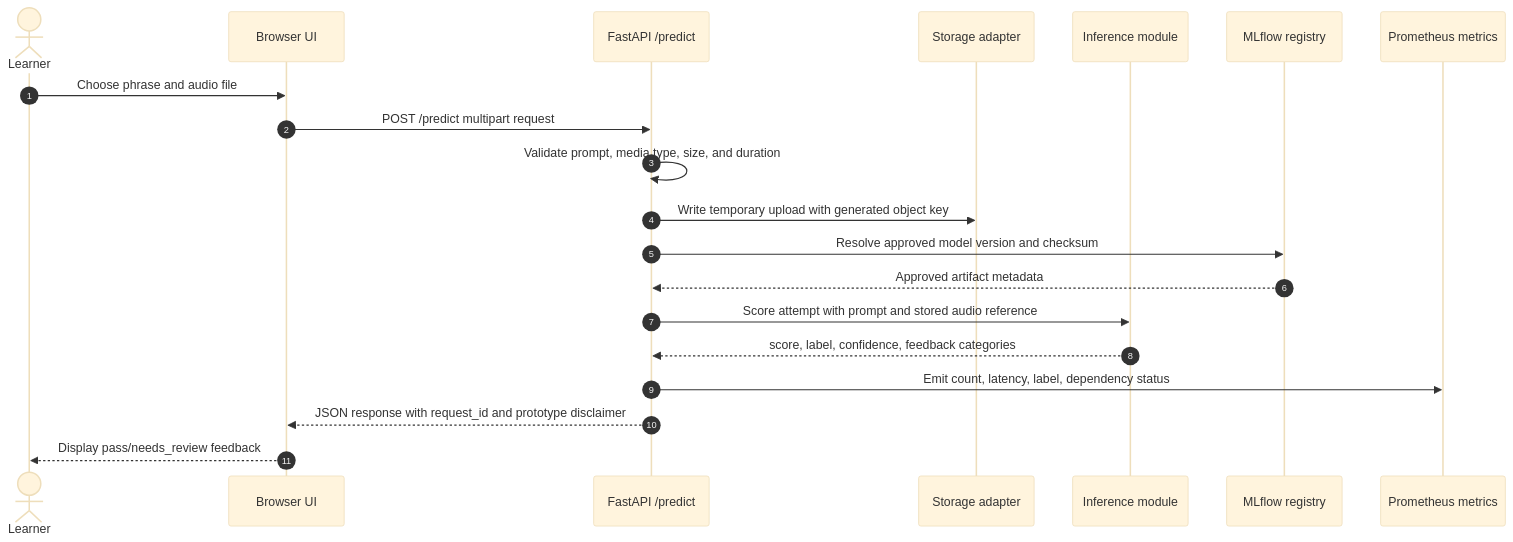
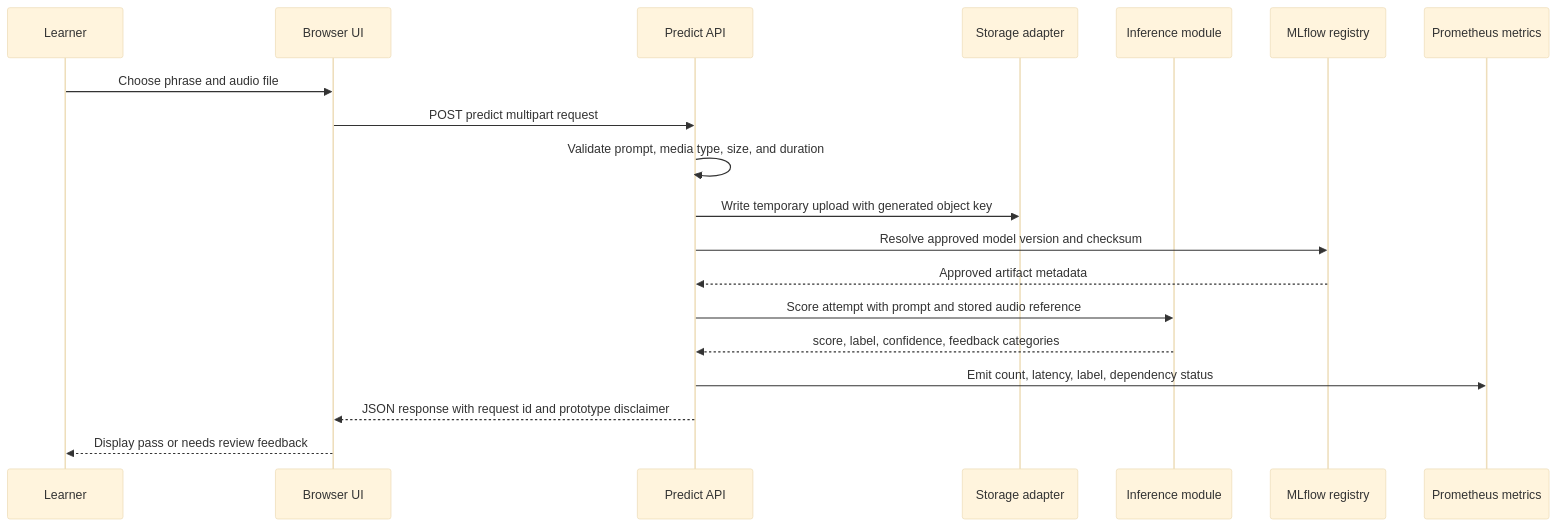
The fourth of 6 diagrams in FluentEdge_Sprint2_Design_and_Requirements_Specification.md (DanielAndi/fluentedge), drawn with Mermaid (base theme) before and after one commit. The commit also changed other lines of this file and 2 other files, not shown here.

First line of the commit message:
docs(spec): simplify Mermaid diagrams for reliable PDF export

````diff
--- a/FluentEdge_Sprint2_Design_and_Requirements_Specification.md
+++ b/FluentEdge_Sprint2_Design_and_Requirements_Specification.md
@@ -590,23 +570,22 @@
 ```mermaid
 sequenceDiagram
-    autonumber
-    actor Learner
+    participant Learner
     participant UI as Browser UI
-    participant API as FastAPI /predict
+    participant API as Predict API
     participant Store as Storage adapter
     participant Model as Inference module
     participant Registry as MLflow registry
     participant Metrics as Prometheus metrics
 
     Learner->>UI: Choose phrase and audio file
-    UI->>API: POST /predict multipart request
+    UI->>API: POST predict multipart request
     API->>API: Validate prompt, media type, size, and duration
     API->>Store: Write temporary upload with generated object key
     API->>Registry: Resolve approved model version and checksum
     Registry-->>API: Approved artifact metadata
     API->>Model: Score attempt with prompt and stored audio reference
     Model-->>API: score, label, confidence, feedback categories
     API->>Metrics: Emit count, latency, label, dependency status
-    API-->>UI: JSON response with request_id and prototype disclaimer
-    UI-->>Learner: Display pass/needs_review feedback
+    API-->>UI: JSON response with request id and prototype disclaimer
+    UI-->>Learner: Display pass or needs review feedback
 ```
````
